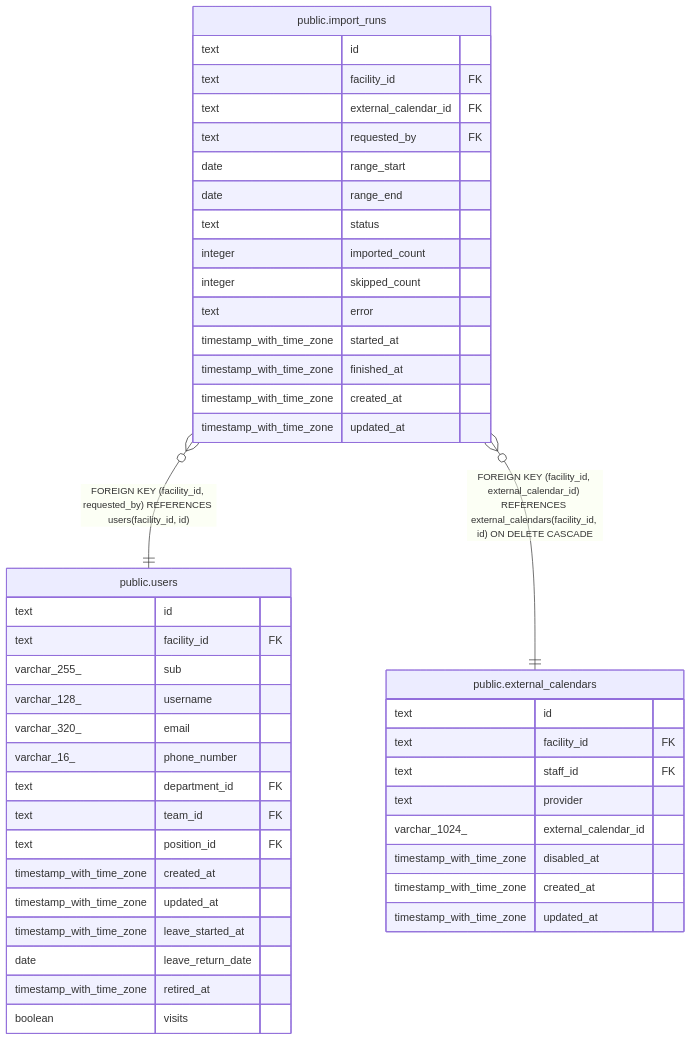
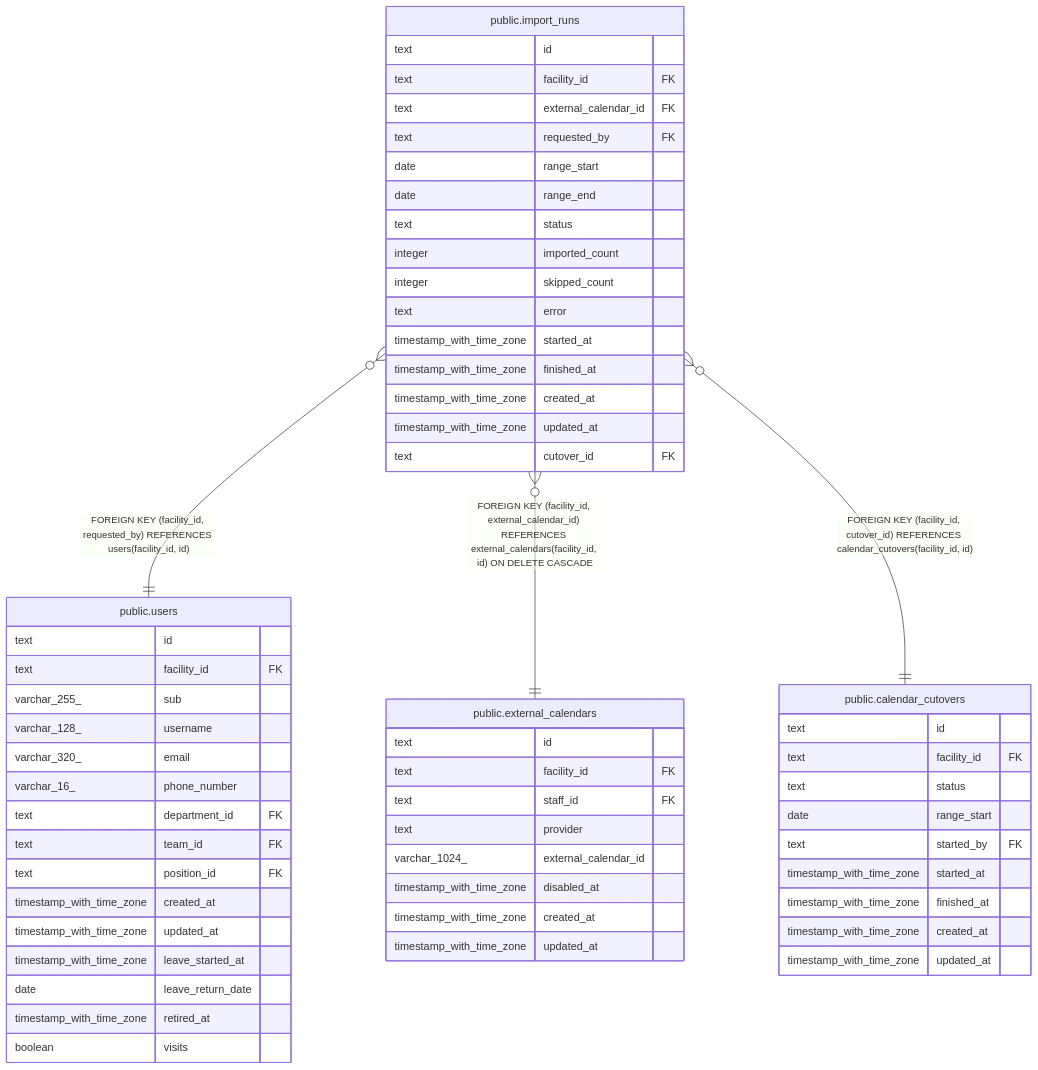
Before and after one commit to Fukuemon/buddy: the diagram in docs/db/schedule/public.import_runs.md, drawn with Mermaid. The commit also changed other lines of this file and 77 other files, not shown here.

````diff
--- a/docs/db/schedule/public.import_runs.md
+++ b/docs/db/schedule/public.import_runs.md
@@ -73,50 +76,63 @@
 ```mermaid
 erDiagram
 
 "public.import_runs" }o--|| "public.users" : "FOREIGN KEY (facility_id, requested_by) REFERENCES users(facility_id, id)"
 "public.import_runs" }o--|| "public.external_calendars" : "FOREIGN KEY (facility_id, external_calendar_id) REFERENCES external_calendars(facility_id, id) ON DELETE CASCADE"
+"public.import_runs" }o--|| "public.calendar_cutovers" : "FOREIGN KEY (facility_id, cutover_id) REFERENCES calendar_cutovers(facility_id, id)"
 
 "public.import_runs" {
   text id
   text facility_id FK
   text external_calendar_id FK
   text requested_by FK
   date range_start
   date range_end
   text status
   integer imported_count
   integer skipped_count
   text error
   timestamp_with_time_zone started_at
   timestamp_with_time_zone finished_at
   timestamp_with_time_zone created_at
   timestamp_with_time_zone updated_at
+  text cutover_id FK
 }
 "public.users" {
   text id
   text facility_id FK
   varchar_255_ sub
   varchar_128_ username
   varchar_320_ email
   varchar_16_ phone_number
   text department_id FK
   text team_id FK
   text position_id FK
   timestamp_with_time_zone created_at
   timestamp_with_time_zone updated_at
   timestamp_with_time_zone leave_started_at
   date leave_return_date
   timestamp_with_time_zone retired_at
   boolean visits
 }
 "public.external_calendars" {
   text id
   text facility_id FK
   text staff_id FK
   text provider
   varchar_1024_ external_calendar_id
   timestamp_with_time_zone disabled_at
   timestamp_with_time_zone created_at
   timestamp_with_time_zone updated_at
 }
+"public.calendar_cutovers" {
+  text id
+  text facility_id FK
+  text status
+  date range_start
+  text started_by FK
+  timestamp_with_time_zone started_at
+  timestamp_with_time_zone finished_at
+  timestamp_with_time_zone created_at
+  timestamp_with_time_zone updated_at
+}
 ```
````
